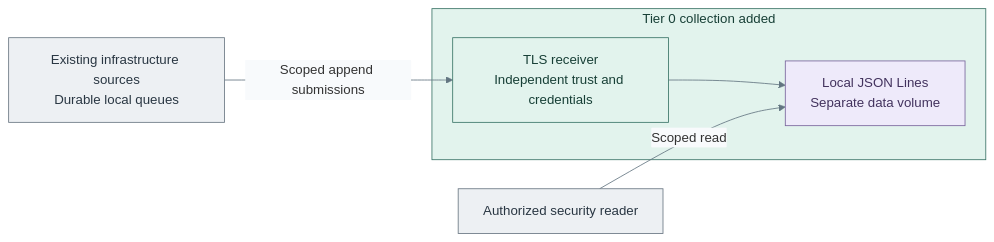
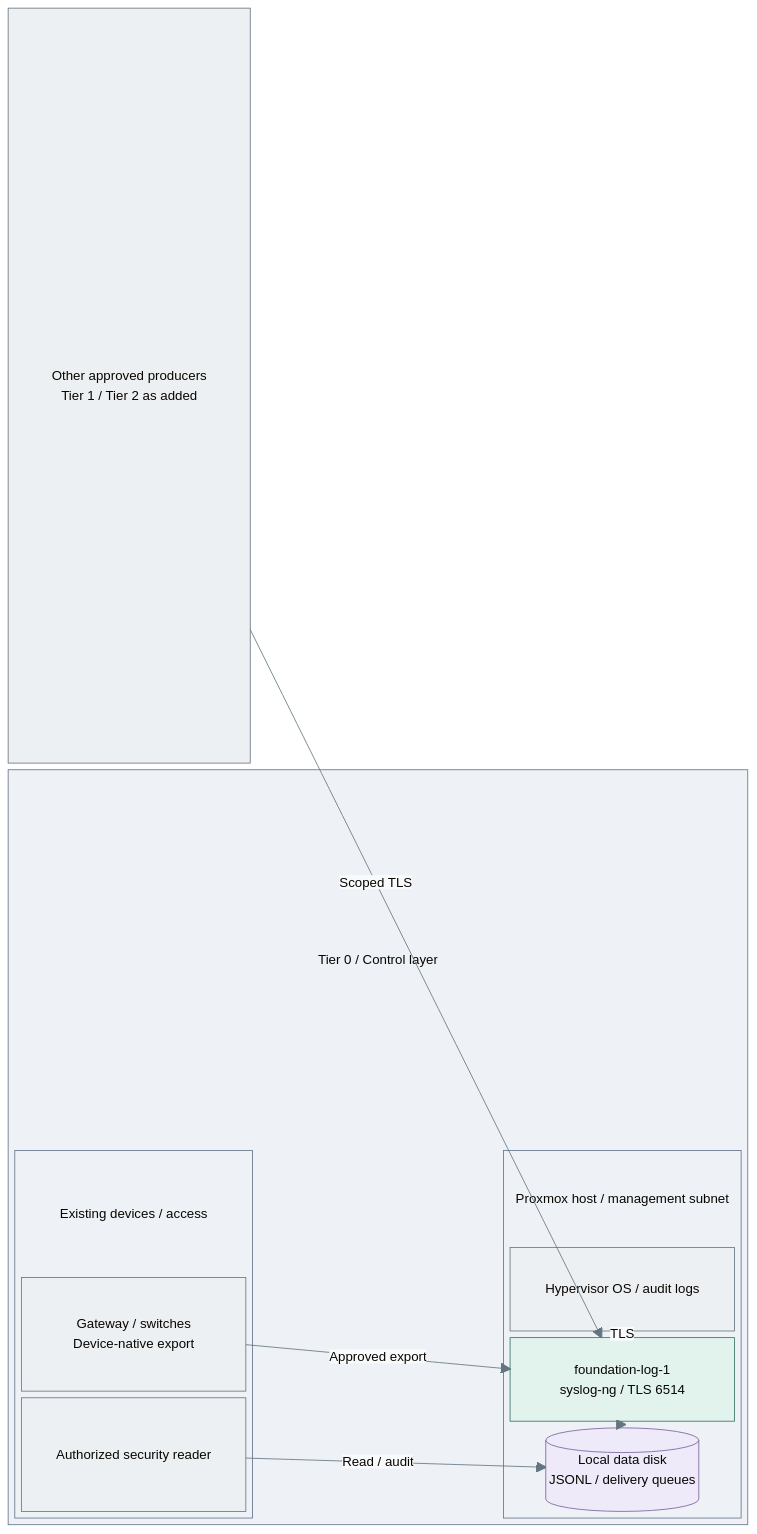
One commit to Rexus/homelab changed the second of 3 diagrams in docs/deployment/stage-1-logging/README.md. Above: the diagram before and after it, drawn with Mermaid. The commit also changed other lines of this file and 4 other files, not shown here.

Commit message:
docs(diagrams): show logging deployment boundaries

````diff
--- a/docs/deployment/stage-1-logging/README.md
+++ b/docs/deployment/stage-1-logging/README.md
@@ -92,16 +120,41 @@
 ```mermaid
 %%{init: {"theme":"base","themeVariables":{"lineColor":"#627581","edgeLabelBackground":"#f8fafc"}}}%%
-flowchart LR
-  Sources["Existing infrastructure sources<br/>Durable local queues"] -->|Scoped append submissions| Intake
-  subgraph New["Tier 0 collection added"]
-    Intake["TLS receiver<br/>Independent trust and credentials"] --> Records["Local JSON Lines<br/>Separate data volume"]
+block-beta
+  columns 3
+  Sources["Other approved producers<br/>Tier 1 / Tier 2 as added"]
+  space:2
+  block:T0:3
+    columns 3
+    T0Title["Tier 0 / Control layer"]:3
+    block:Infrastructure
+      columns 1
+      InfraTitle["Existing devices / access"]
+      Devices["Gateway / switches<br/>Device-native export"]
+      Admin["Authorized security reader"]
+    end
+    space
+    block:PVE
+      columns 1
+      HostTitle["Proxmox host / management subnet"]
+      Host["Hypervisor OS / audit logs"]
+      VM["foundation-log-1<br/>syslog-ng / TLS 6514"]
+      Records[("Local data disk<br/>JSONL / delivery queues")]
+    end
   end
-  Admin["Authorized security reader"] -->|Scoped read| Records
+  Sources -- "Scoped TLS" --> VM
+  Devices -- "Approved export" --> VM
+  Host -- "TLS" --> VM
+  VM --> Records
+  Admin -- "Read / audit" --> Records
   classDef default fill:#f8fafc,stroke:#64748b,color:#1f2937
+  classDef boundary fill:#eef2f6,stroke:#64748b,color:#1f2937
+  classDef heading fill:none,stroke:none,color:#1f2937
   classDef actor fill:#edf0f3,stroke:#697682,color:#293642
   classDef control fill:#e2f3ed,stroke:#397366,color:#173f36
   classDef data fill:#eeeafa,stroke:#78639b,color:#42325d
-  class Sources,Admin actor
-  class New,Intake control
+  class T0,Infrastructure,PVE boundary
+  class T0Title,InfraTitle,HostTitle heading
+  class Sources,Devices,Host,Admin actor
+  class VM control
   class Records data
 ```
````
